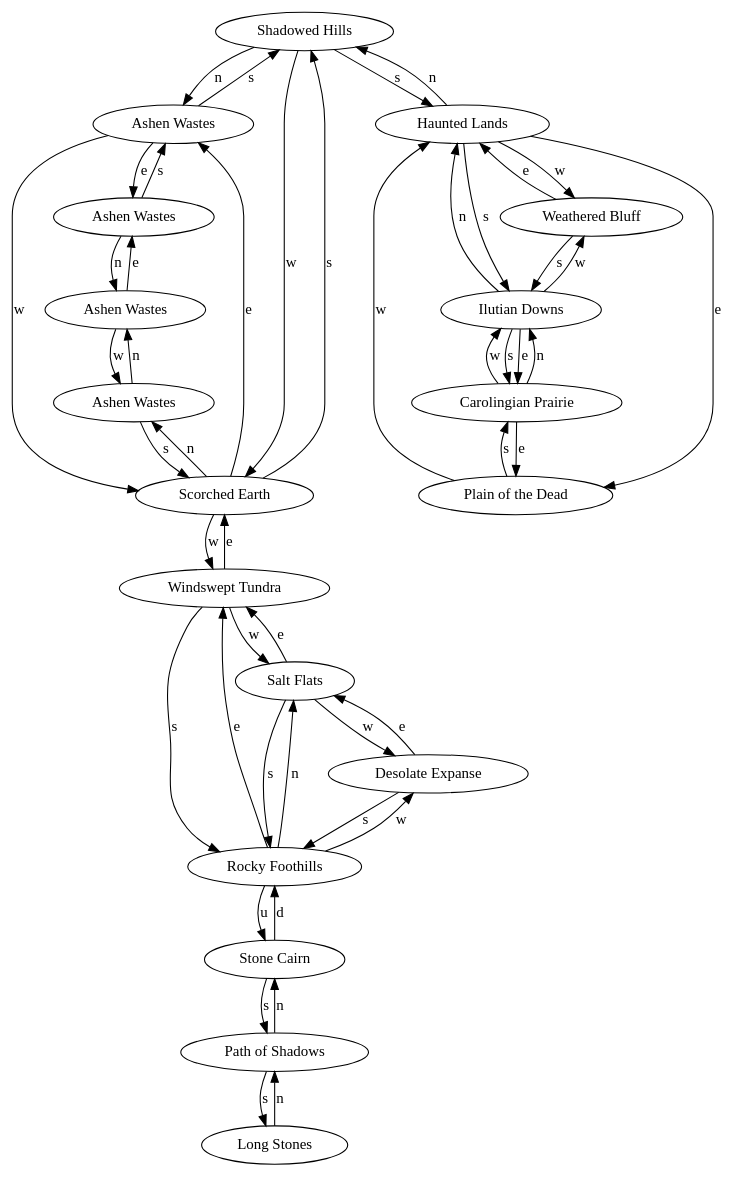
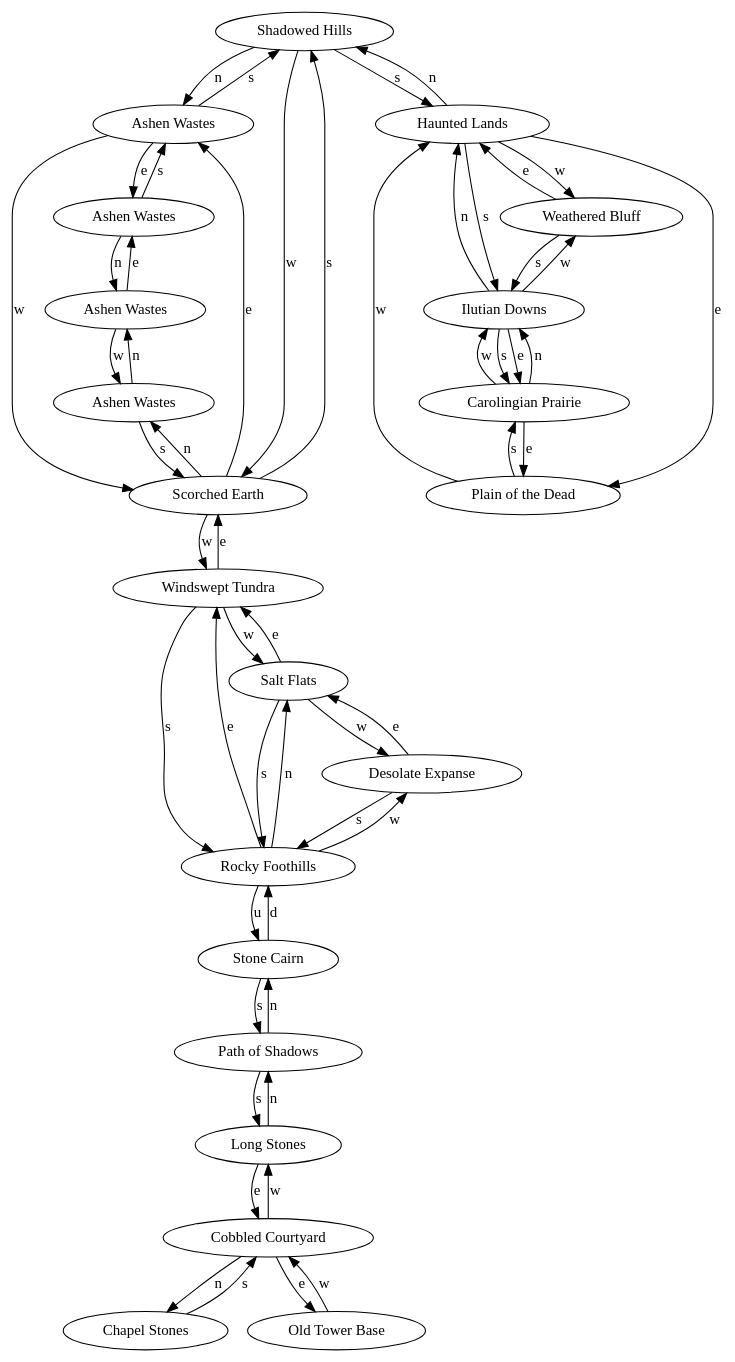
Before and after one commit to mcglincy/monster: the diagram in utils/maps/dot/ashen_wastes.dot, drawn with Graphviz. The commit also changed 7 other files, not shown here.

```diff
--- a/utils/maps/dot/ashen_wastes.dot
+++ b/utils/maps/dot/ashen_wastes.dot
@@ -1,68 +1,77 @@
 digraph monster {
 room_81 [label="Shadowed Hills"];
 room_81 -> room_208 [label="n"];
 room_81 -> room_439 [label="s"];
 room_81 -> room_207 [label="w"];
 room_202 [label="Desolate Expanse"];
 room_202 -> room_206 [label="s"];
 room_202 -> room_203 [label="e"];
 room_203 [label="Salt Flats"];
 room_203 -> room_206 [label="s"];
 room_203 -> room_204 [label="e"];
 room_203 -> room_202 [label="w"];
 room_204 [label="Windswept Tundra"];
 room_204 -> room_206 [label="s"];
 room_204 -> room_207 [label="e"];
 room_204 -> room_203 [label="w"];
 room_206 [label="Rocky Foothills"];
 room_206 -> room_203 [label="n"];
 room_206 -> room_204 [label="e"];
 room_206 -> room_202 [label="w"];
 room_206 -> room_560 [label="u"];
 room_207 [label="Scorched Earth"];
 room_207 -> room_209 [label="n"];
 room_207 -> room_81 [label="s"];
 room_207 -> room_208 [label="e"];
 room_207 -> room_204 [label="w"];
 room_208 [label="Ashen Wastes"];
 room_208 -> room_81 [label="s"];
 room_208 -> room_210 [label="e"];
 room_208 -> room_207 [label="w"];
 room_209 [label="Ashen Wastes"];
 room_209 -> room_211 [label="n"];
 room_209 -> room_207 [label="s"];
 room_210 [label="Ashen Wastes"];
 room_210 -> room_211 [label="n"];
 room_210 -> room_208 [label="s"];
 room_211 [label="Ashen Wastes"];
 room_211 -> room_210 [label="e"];
 room_211 -> room_209 [label="w"];
 room_439 [label="Haunted Lands"];
 room_439 -> room_81 [label="n"];
 room_439 -> room_444 [label="s"];
 room_439 -> room_440 [label="e"];
 room_439 -> room_443 [label="w"];
 room_440 [label="Plain of the Dead"];
 room_440 -> room_445 [label="s"];
 room_440 -> room_439 [label="w"];
 room_443 [label="Weathered Bluff"];
 room_443 -> room_444 [label="s"];
 room_443 -> room_439 [label="e"];
 room_444 [label="Ilutian Downs"];
 room_444 -> room_439 [label="n"];
 room_444 -> room_445 [label="s"];
 room_444 -> room_445 [label="e"];
 room_444 -> room_443 [label="w"];
 room_445 [label="Carolingian Prairie"];
 room_445 -> room_444 [label="n"];
 room_445 -> room_440 [label="e"];
 room_445 -> room_444 [label="w"];
 room_559 [label="Path of Shadows"];
 room_559 -> room_560 [label="n"];
 room_559 -> room_613 [label="s"];
 room_560 [label="Stone Cairn"];
 room_560 -> room_559 [label="s"];
 room_560 -> room_206 [label="d"];
 room_613 [label="Long Stones"];
 room_613 -> room_559 [label="n"];
+room_613 -> room_614 [label="e"];
+room_614 [label="Cobbled Courtyard"];
+room_614 -> room_615 [label="n"];
+room_614 -> room_616 [label="e"];
+room_614 -> room_613 [label="w"];
+room_615 [label="Chapel Stones"];
+room_615 -> room_614 [label="s"];
+room_616 [label="Old Tower Base"];
+room_616 -> room_614 [label="w"];
 }
```
